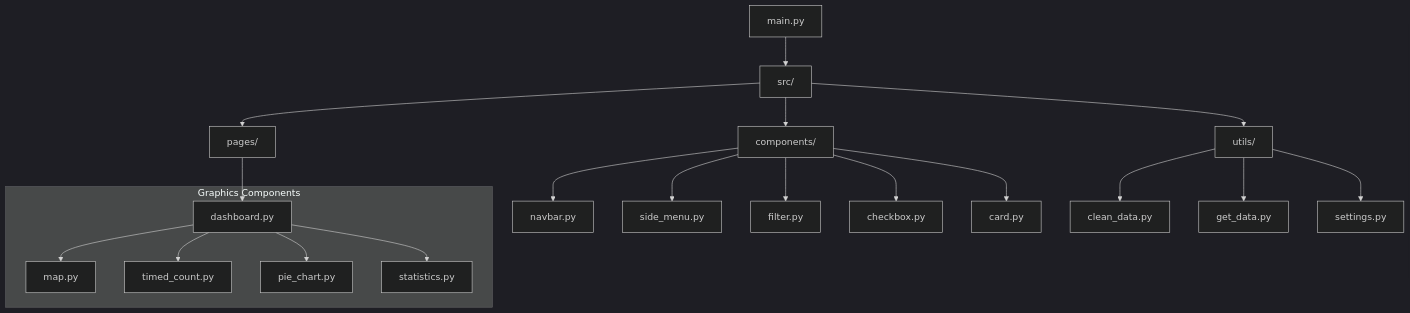
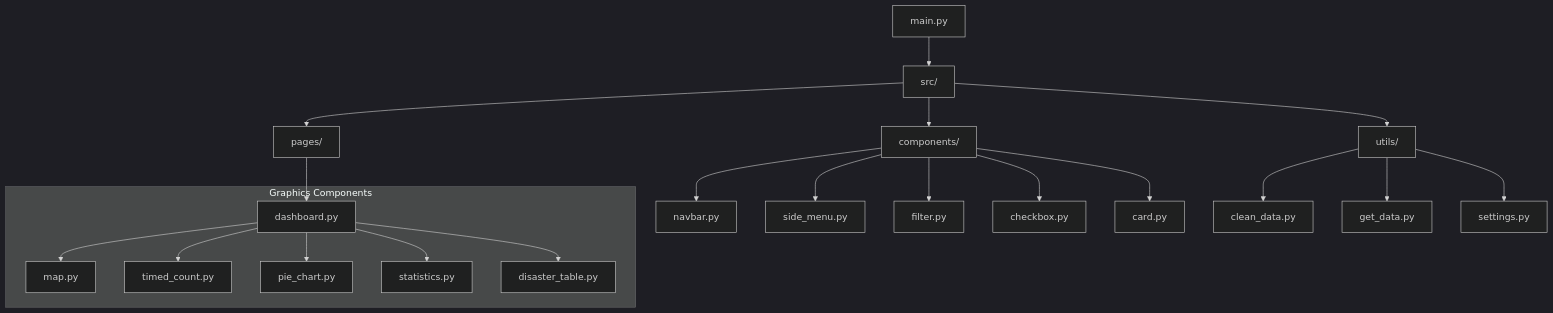
Before and after one commit to luucas7/disasters: the first of 2 diagrams in README.md, drawn with Mermaid (dark theme).

Commit message:
Add disaster_table.py to the README.md graph for better documentation

````diff
--- a/README.md
+++ b/README.md
@@ -75,26 +75,27 @@
 ```mermaid
 graph TD
     A[main.py] --> B[src/]
     B --> C[components/]
     B --> D[pages/]
     B --> E[utils/]
     
     C --> C1[navbar.py]
     C --> C2[side_menu.py]
     C --> C3[filter.py]
     C --> C4[checkbox.py]
     C --> C5[card.py]
     
     D --> D1[dashboard.py]
     
     E --> E1[clean_data.py]
     E --> E2[get_data.py]
     E --> E3[settings.py]
 
     subgraph Graphics Components
         D1 --> G1[map.py]
         D1 --> G2[timed_count.py]
         D1 --> G3[pie_chart.py]
         D1 --> G4[statistics.py]
+        D1 --> G5[disaster_table.py]
     end
 ```
````
